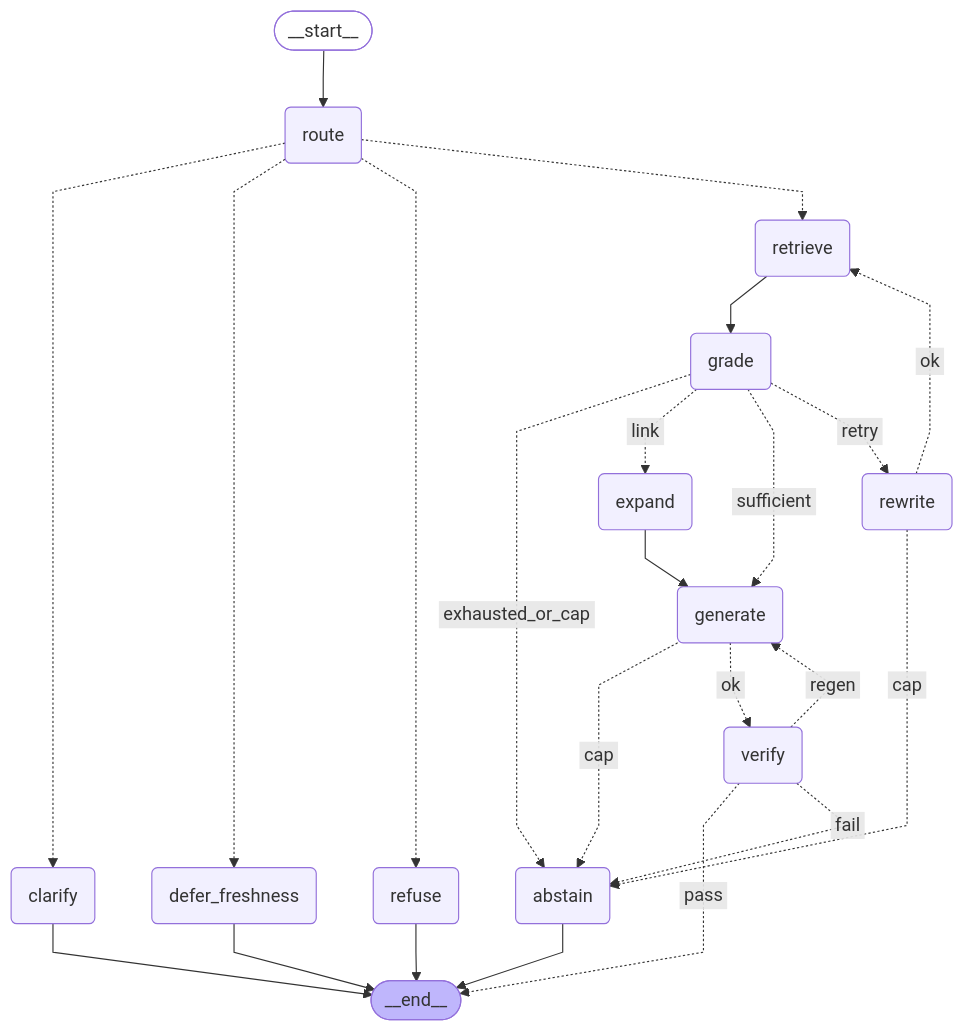
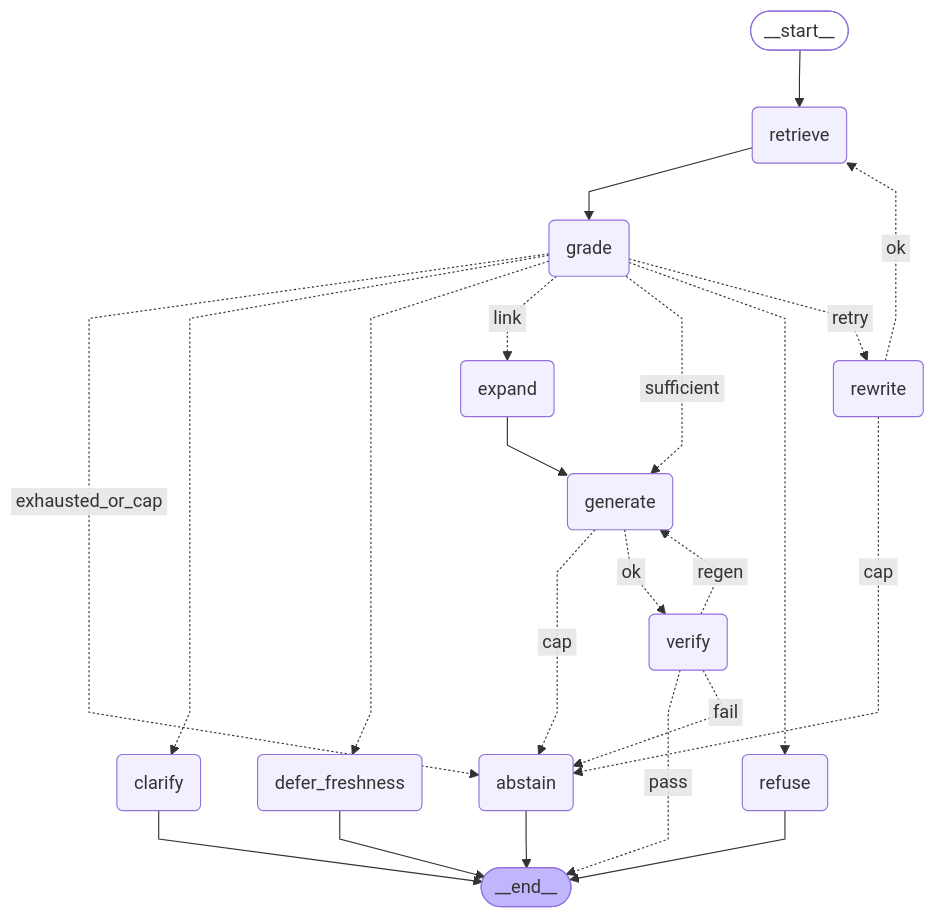
The diagram in docs/agent_graph.md (noviz-domino/financial-rag-agent), drawn with Mermaid before and after one commit. The commit also changed other lines of this file and 13 other files, not shown here.

````diff
--- a/docs/agent_graph.md
+++ b/docs/agent_graph.md
@@ -6,46 +6,44 @@
 ```mermaid
 ---
 config:
   flowchart:
     curve: linear
 ---
 graph TD;
 	__start__([<p>__start__</p>]):::first
-	route(route)
 	retrieve(retrieve)
 	grade(grade)
 	rewrite(rewrite)
 	expand(expand)
 	generate(generate)
 	verify(verify)
 	refuse(refuse)
 	clarify(clarify)
 	defer_freshness(defer_freshness)
 	abstain(abstain)
 	__end__([<p>__end__</p>]):::last
-	__start__ --> route;
+	__start__ --> retrieve;
 	expand --> generate;
 	generate -. &nbsp;cap&nbsp; .-> abstain;
 	generate -. &nbsp;ok&nbsp; .-> verify;
 	grade -. &nbsp;exhausted_or_cap&nbsp; .-> abstain;
+	grade -.-> clarify;
+	grade -.-> defer_freshness;
 	grade -. &nbsp;link&nbsp; .-> expand;
 	grade -. &nbsp;sufficient&nbsp; .-> generate;
+	grade -.-> refuse;
 	grade -. &nbsp;retry&nbsp; .-> rewrite;
 	retrieve --> grade;
 	rewrite -. &nbsp;cap&nbsp; .-> abstain;
 	rewrite -. &nbsp;ok&nbsp; .-> retrieve;
-	route -.-> clarify;
-	route -.-> defer_freshness;
-	route -.-> refuse;
-	route -.-> retrieve;
 	verify -. &nbsp;pass&nbsp; .-> __end__;
 	verify -. &nbsp;fail&nbsp; .-> abstain;
 	verify -. &nbsp;regen&nbsp; .-> generate;
 	abstain --> __end__;
 	clarify --> __end__;
 	defer_freshness --> __end__;
 	refuse --> __end__;
 	classDef default fill:#f2f0ff,line-height:1.2
 	classDef first fill-opacity:0
 	classDef last fill:#bfb6fc
 ```
````
